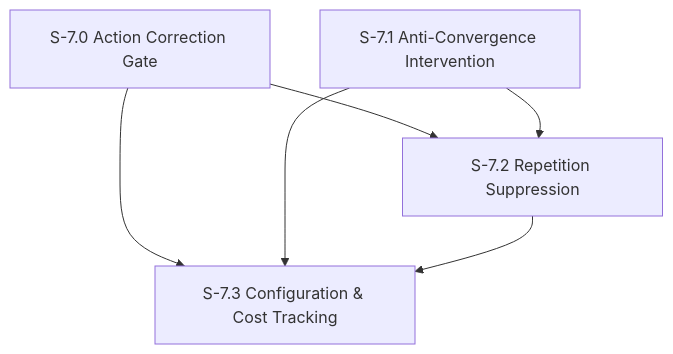
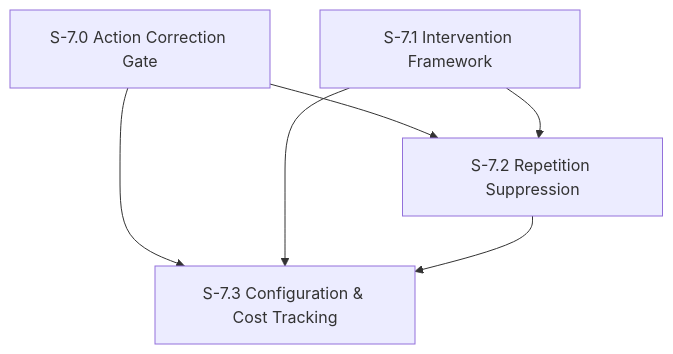
The diagram in spec/plan/milestone-7-persona-drift-correction.md (pedropaulovc/the-office), drawn with Mermaid before and after one commit. The commit also changed other lines of this file and 4 other files, not shown here.

````diff
--- a/spec/plan/milestone-7-persona-drift-correction.md
+++ b/spec/plan/milestone-7-persona-drift-correction.md
@@ -7,8 +7,8 @@
 ```mermaid
 graph TD
     S70[S-7.0 Action Correction Gate] --> S72[S-7.2 Repetition Suppression]
-    S71[S-7.1 Anti-Convergence Intervention] --> S72
+    S71[S-7.1 Intervention Framework] --> S72
     S70 --> S73[S-7.3 Configuration & Cost Tracking]
     S71 --> S73
     S72 --> S73
 ```
````
